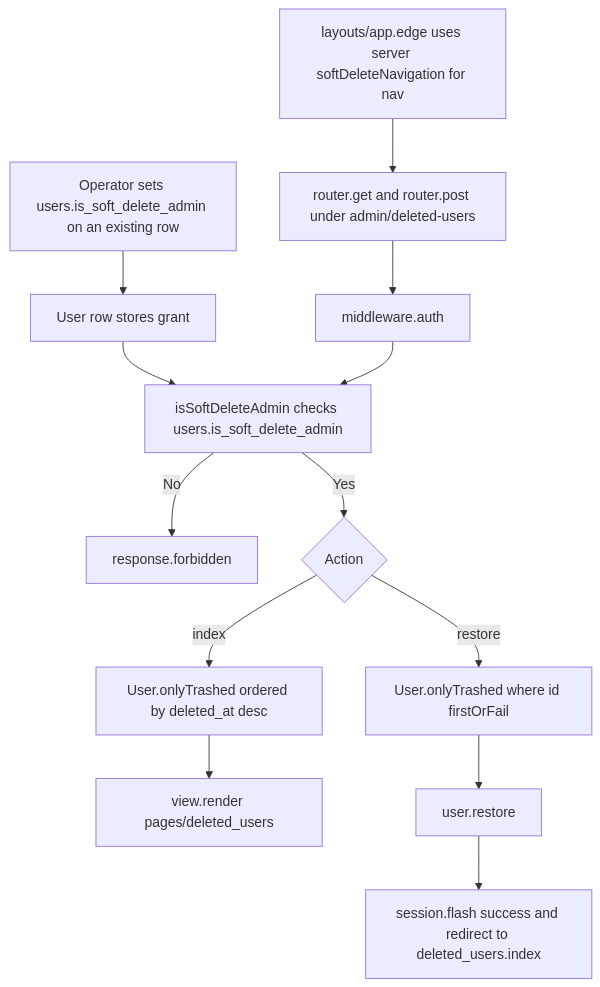
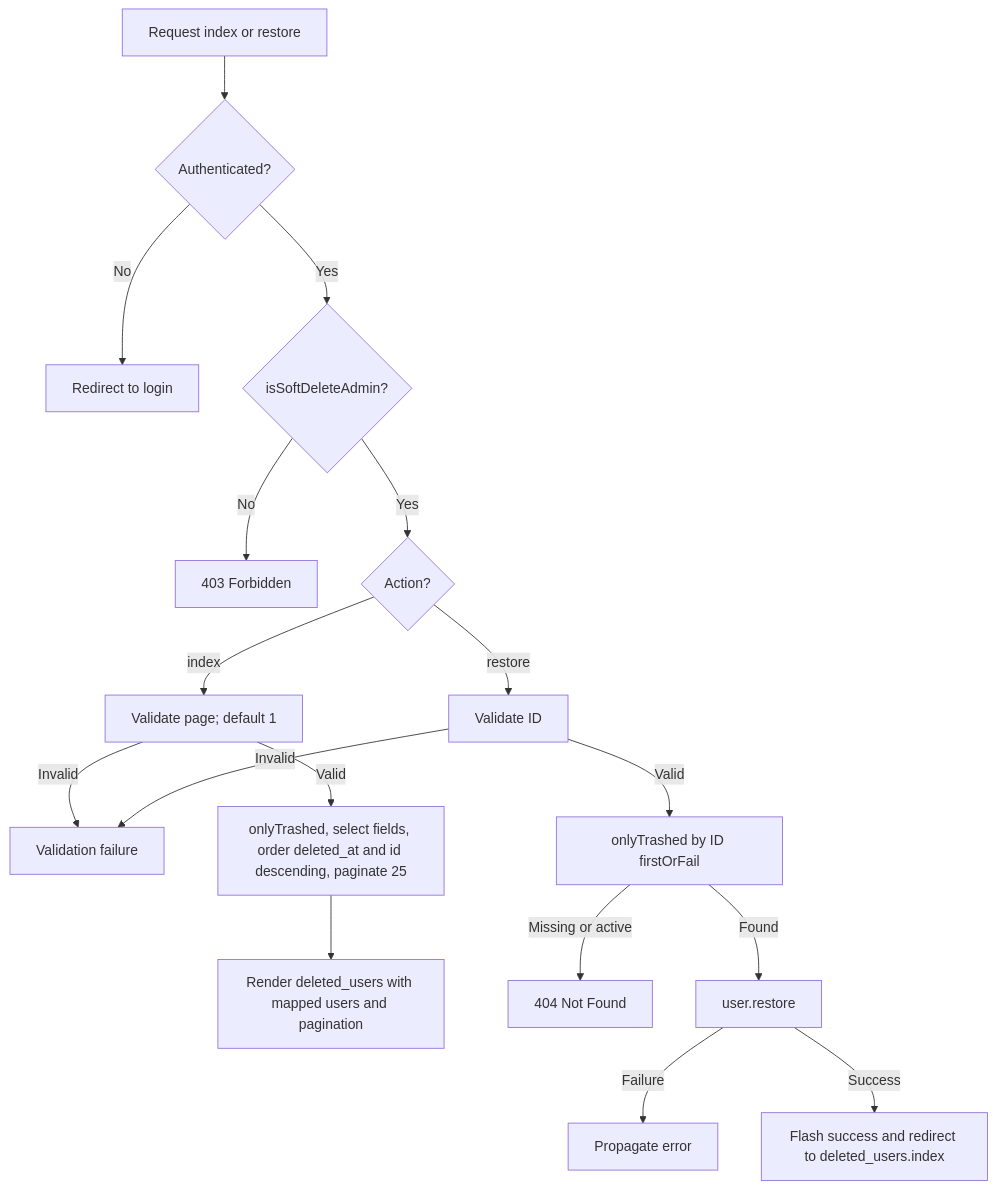
Before and after one commit to Kevinjohn/oss-adonisjs-lucid-soft-delete: the second of 2 diagrams in user-stories/example-apps/us-demo-04-hypermedia-admin-restore.md, drawn with Mermaid. The commit also changed other lines of this file and 26 other files, not shown here.

````diff
--- a/user-stories/example-apps/us-demo-04-hypermedia-admin-restore.md
+++ b/user-stories/example-apps/us-demo-04-hypermedia-admin-restore.md
@@ -39,15 +44,19 @@
 ```mermaid
 flowchart TD
-    P["Operator sets users.is_soft_delete_admin on an existing row"] --> Q["User row stores grant"]
-    Q --> C
-    N["layouts/app.edge uses server softDeleteNavigation for nav"] --> A
-    A["router.get and router.post under admin/deleted-users"] --> B["middleware.auth"]
-    B --> C["isSoftDeleteAdmin checks users.is_soft_delete_admin"]
-    C -->|No| D["response.forbidden"]
-    C -->|Yes| E{"Action"}
-    E -->|index| F["User.onlyTrashed ordered by deleted_at desc"]
-    F --> G["view.render pages/deleted_users"]
-    E -->|restore| H["User.onlyTrashed where id firstOrFail"]
-    H --> I["user.restore"]
-    I --> J["session.flash success and redirect to deleted_users.index"]
+    A["Request index or restore"] --> B{"Authenticated?"}
+    B -->|No| C["Redirect to login"]
+    B -->|Yes| D{"isSoftDeleteAdmin?"}
+    D -->|No| E["403 Forbidden"]
+    D -->|Yes| F{"Action?"}
+    F -->|index| L["Validate page; default 1"]
+    F -->|restore| R["Validate ID"]
+    L -->|Invalid| V["Validation failure"]
+    L -->|Valid| P["onlyTrashed, select fields, order deleted_at and id descending, paginate 25"]
+    R -->|Invalid| V
+    R -->|Valid| Q["onlyTrashed by ID firstOrFail"]
+    P --> W["Render deleted_users with mapped users and pagination"]
+    Q -->|Missing or active| N["404 Not Found"]
+    Q -->|Found| T["user.restore"]
+    T -->|Failure| X["Propagate error"]
+    T -->|Success| Z["Flash success and redirect to deleted_users.index"]
 ```
````
